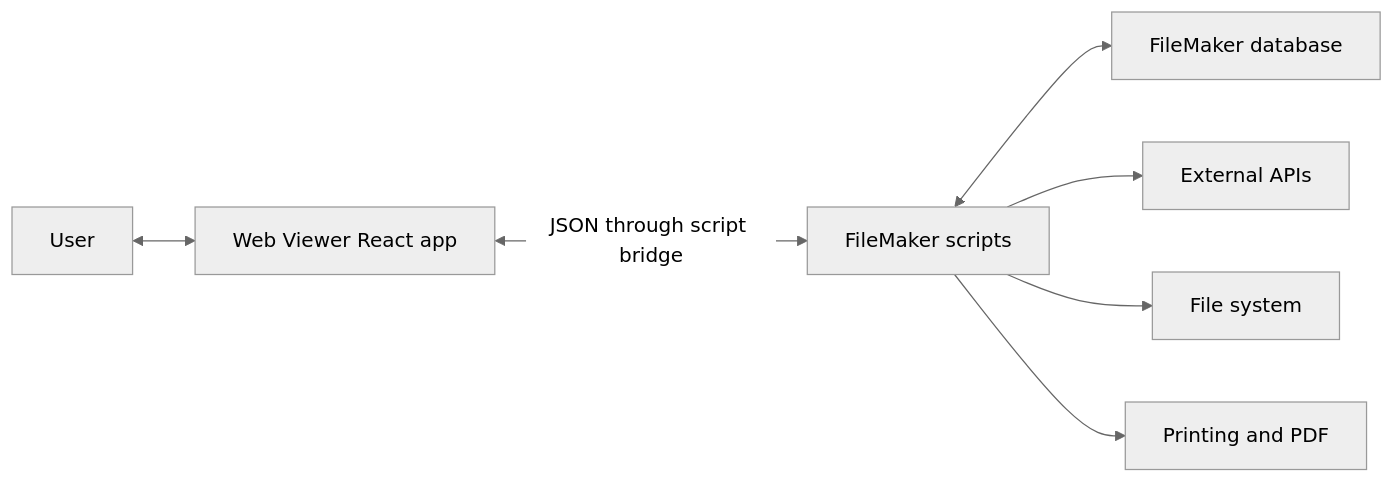
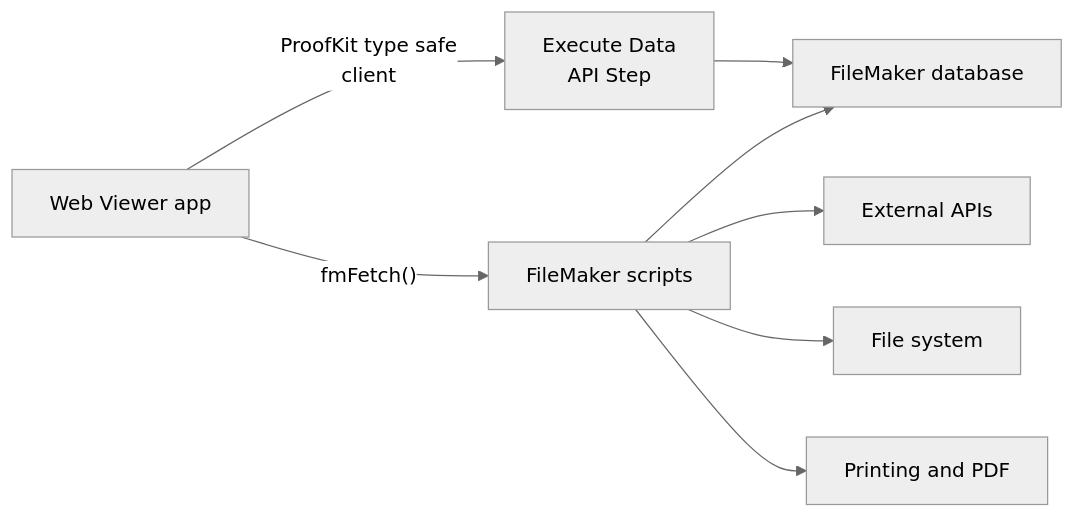
The second of 2 diagrams in apps/docs/content/docs/webviewer/architecture.mdx (proofsh/proofkit), drawn with Mermaid (neutral theme) before and after one commit. The commit also changed other lines of this file and 1 other file, not shown here.

First line of the commit message:
Fix architecture diagrams

````diff
--- a/apps/docs/content/docs/webviewer/architecture.mdx
+++ b/apps/docs/content/docs/webviewer/architecture.mdx
@@ -29,9 +31,11 @@
 ```mermaid
 flowchart LR
-  user["User"] <--> webviewer["Web Viewer React app"]
-  webviewer <-->|"JSON through script bridge"| scripts["FileMaker scripts"]
-  scripts <--> database["FileMaker database"]
+  webviewer["Web Viewer app"]
+  webviewer -->|"ProofKit type safe<br/>client"| executeDataApi["Execute Data<br/>API Step"]
+  webviewer -->|"fmFetch()"| scripts["FileMaker scripts"]
+  executeDataApi --> database["FileMaker database"]
+  scripts --> database
   scripts --> externalApis["External APIs"]
   scripts --> fileSystem["File system"]
   scripts --> printing["Printing and PDF"]
 ```
````
